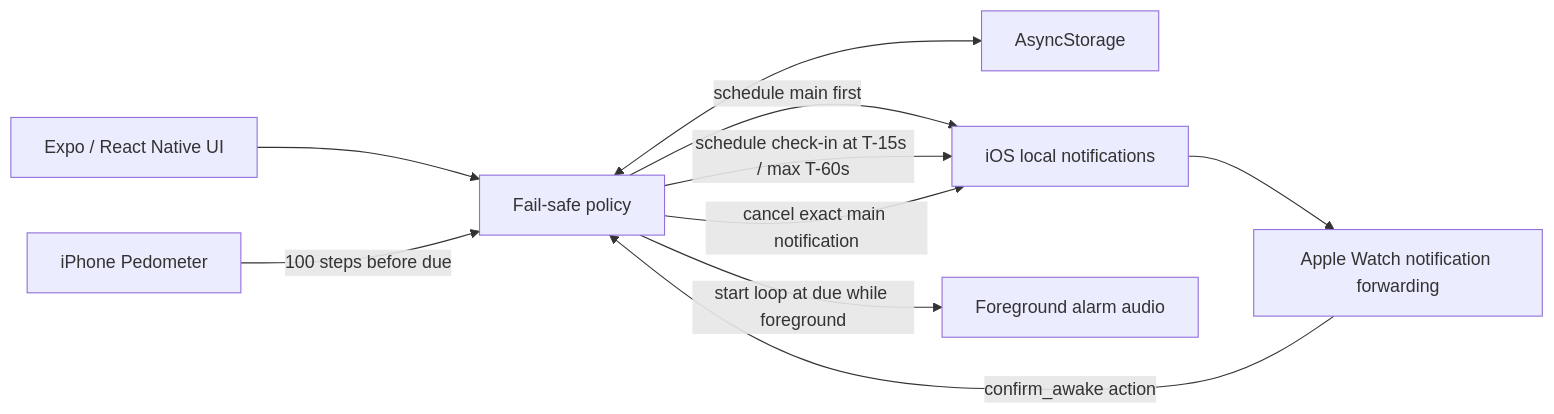
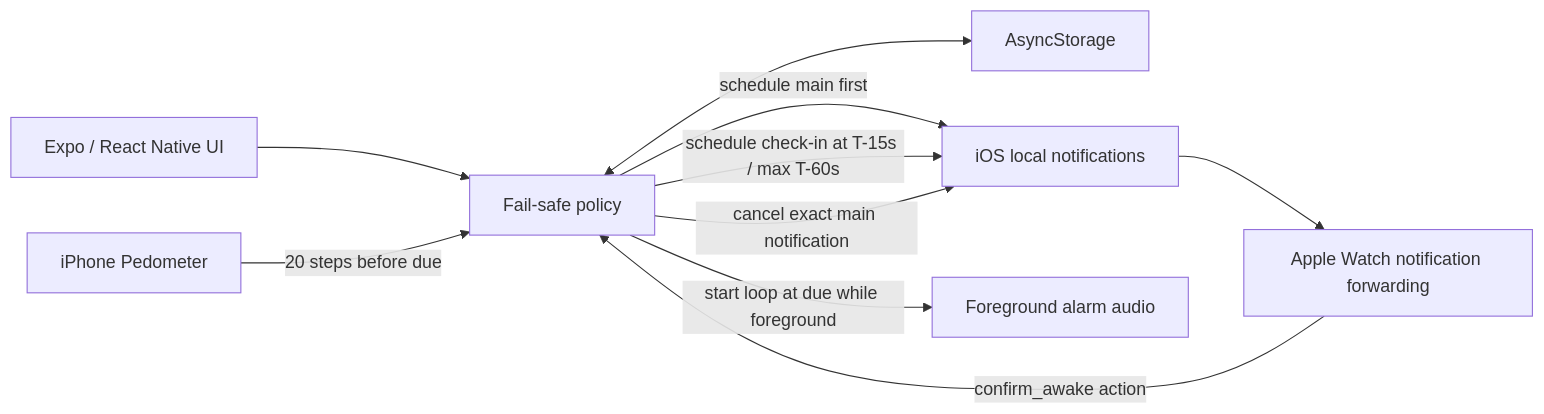
The first of 2 diagrams in docs/DESIGN.md (Saber5656/NotAlarm), drawn with Mermaid before and after one commit. The commit also changed other lines of this file and 6 other files, not shown here.

````diff
--- a/docs/DESIGN.md
+++ b/docs/DESIGN.md
@@ -54,20 +54,20 @@
 ```mermaid
 flowchart LR
     UI["Expo / React Native UI"]
     Policy["Fail-safe policy"]
     Store["AsyncStorage"]
     Ped["iPhone Pedometer"]
     IOS["iOS local notifications"]
     Watch["Apple Watch notification forwarding"]
 
     UI --> Policy
     Policy <--> Store
     Audio["Foreground alarm audio"]
-    Ped -->|"100 steps before due"| Policy
+    Ped -->|"20 steps before due"| Policy
     Policy -->|"schedule main first"| IOS
     Policy -->|"schedule check-in at T-15s / max T-60s"| IOS
     Policy -->|"start loop at due while foreground"| Audio
     IOS --> Watch
     Watch -->|"confirm_awake action"| Policy
     Policy -->|"cancel exact main notification"| IOS
 ```
````
